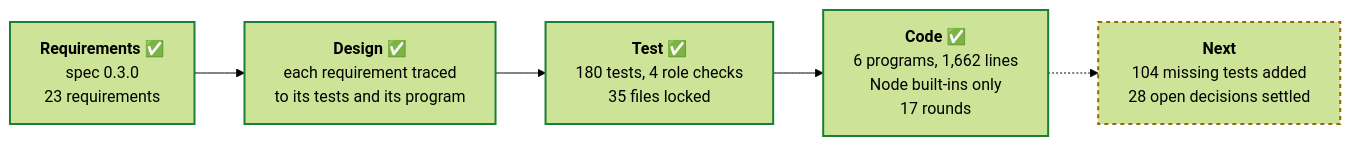
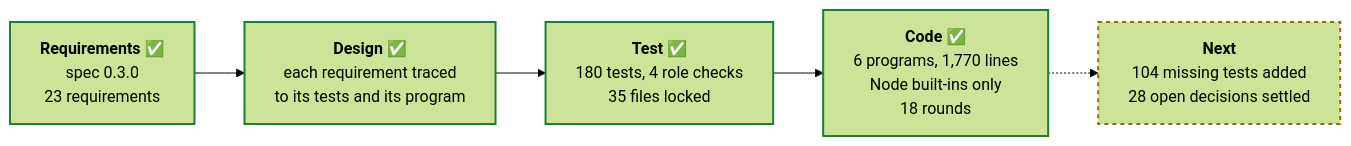
The third of 4 diagrams in README.md (PaulDuvall/adlc-security-reviewer), drawn with Mermaid (forest theme) before and after one commit. The commit also changed other lines of this file and 3 other files, not shown here.

````diff
--- a/README.md
+++ b/README.md
@@ -273,13 +274,13 @@
 ```mermaid
 flowchart LR
   req["<b>Requirements</b> ✅<br/>spec 0.3.0<br/>23 requirements"]
   des["<b>Design</b> ✅<br/>each requirement traced<br/>to its tests and its program"]
   tst["<b>Test</b> ✅<br/>180 tests, 4 role checks<br/>35 files locked"]
-  cod["<b>Code</b> ✅<br/>6 programs, 1,662 lines<br/>Node built-ins only<br/>17 rounds"]
+  cod["<b>Code</b> ✅<br/>6 programs, 1,770 lines<br/>Node built-ins only<br/>18 rounds"]
   nxt["<b>Next</b><br/>104 missing tests added<br/>28 open decisions settled"]
   req --> des --> tst --> cod -.-> nxt
   classDef done stroke:#1a7f37,stroke-width:2px
   classDef next stroke:#9a6700,stroke-width:2px,stroke-dasharray:4
   class req,des,tst,cod done
   class nxt next
 ```
````
